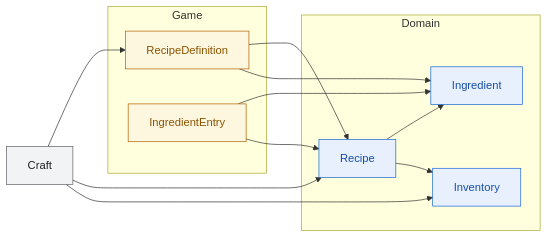
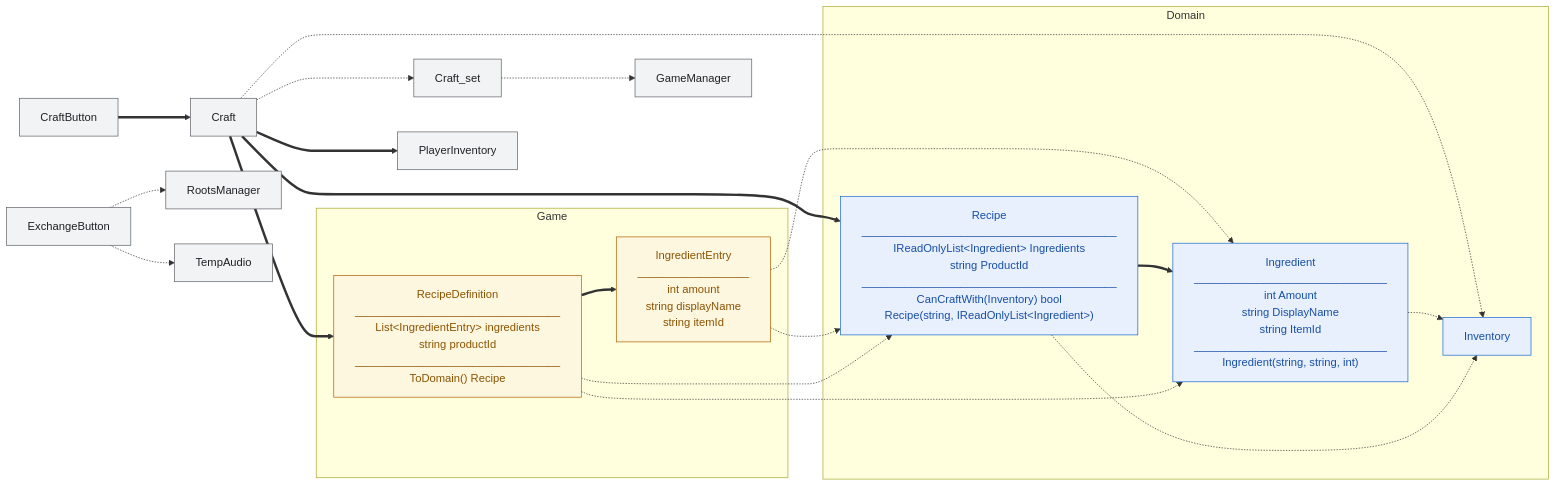
The diagram in docs/dependencies-diagrams/craft.md (hukahirame/memorial-frontland), drawn with Mermaid before and after one commit. The commit also changed other lines of this file and 18 other files, not shown here.

First line of the commit message:
refactor: 現状図を生成物にし、全62型を11の関心事に割り当てる

````diff
--- a/docs/dependencies-diagrams/craft.md
+++ b/docs/dependencies-diagrams/craft.md
@@ -10,28 +12,43 @@
 ```mermaid
 graph LR
   subgraph Domain
-    Recipe
-    Ingredient
+    Ingredient["Ingredient<br/>_______________________________<br/>int Amount<br/>string DisplayName<br/>string ItemId<br/>_______________________________<br/>Ingredient(string, string, int)"]
     Inventory
+    Recipe["Recipe<br/>_________________________________________<br/>IReadOnlyList&lt;Ingredient&gt; Ingredients<br/>string ProductId<br/>_________________________________________<br/>CanCraftWith(Inventory) bool<br/>Recipe(string, IReadOnlyList&lt;Ingredient&gt;)"]
   end
   subgraph Game
-    RecipeDefinition
-    IngredientEntry
+    IngredientEntry["IngredientEntry<br/>__________________<br/>int amount<br/>string displayName<br/>string itemId"]
+    RecipeDefinition["RecipeDefinition<br/>_________________________________<br/>List&lt;IngredientEntry&gt; ingredients<br/>string productId<br/>_________________________________<br/>ToDomain() Recipe"]
   end
   Craft
-  Craft --> RecipeDefinition
-  Craft --> Recipe
-  Craft --> Inventory
-  RecipeDefinition --> Recipe
-  RecipeDefinition --> Ingredient
-  IngredientEntry --> Ingredient
-  IngredientEntry --> Recipe
-  Recipe --> Ingredient
-  Recipe --> Inventory
+  CraftButton
+  Craft_set
+  ExchangeButton
+  GameManager
+  PlayerInventory
+  RootsManager
+  TempAudio
+  Craft -.-> Craft_set
+  Craft -.-> Inventory
+  Craft ==> PlayerInventory
+  Craft ==> Recipe
+  Craft ==> RecipeDefinition
+  CraftButton ==> Craft
+  Craft_set -.-> GameManager
+  ExchangeButton -.-> RootsManager
+  ExchangeButton -.-> TempAudio
+  Ingredient -.-> Inventory
+  IngredientEntry -.-> Ingredient
+  IngredientEntry -.-> Recipe
+  Recipe ==> Ingredient
+  Recipe -.-> Inventory
+  RecipeDefinition -.-> Ingredient
+  RecipeDefinition ==> IngredientEntry
+  RecipeDefinition -.-> Recipe
   classDef domain fill:#e8f0fe,stroke:#1967d2,color:#174ea6;
   classDef game   fill:#fef7e0,stroke:#b06000,color:#8a5300;
   classDef legacy fill:#f1f3f4,stroke:#5f6368,color:#202124;
-  class Recipe,Ingredient,Inventory domain;
-  class RecipeDefinition,IngredientEntry game;
-  class Craft legacy;
+  class Ingredient,Inventory,Recipe domain;
+  class IngredientEntry,RecipeDefinition game;
+  class Craft,CraftButton,Craft_set,ExchangeButton,GameManager,PlayerInventory,RootsManager,TempAudio legacy;
 ```
````
